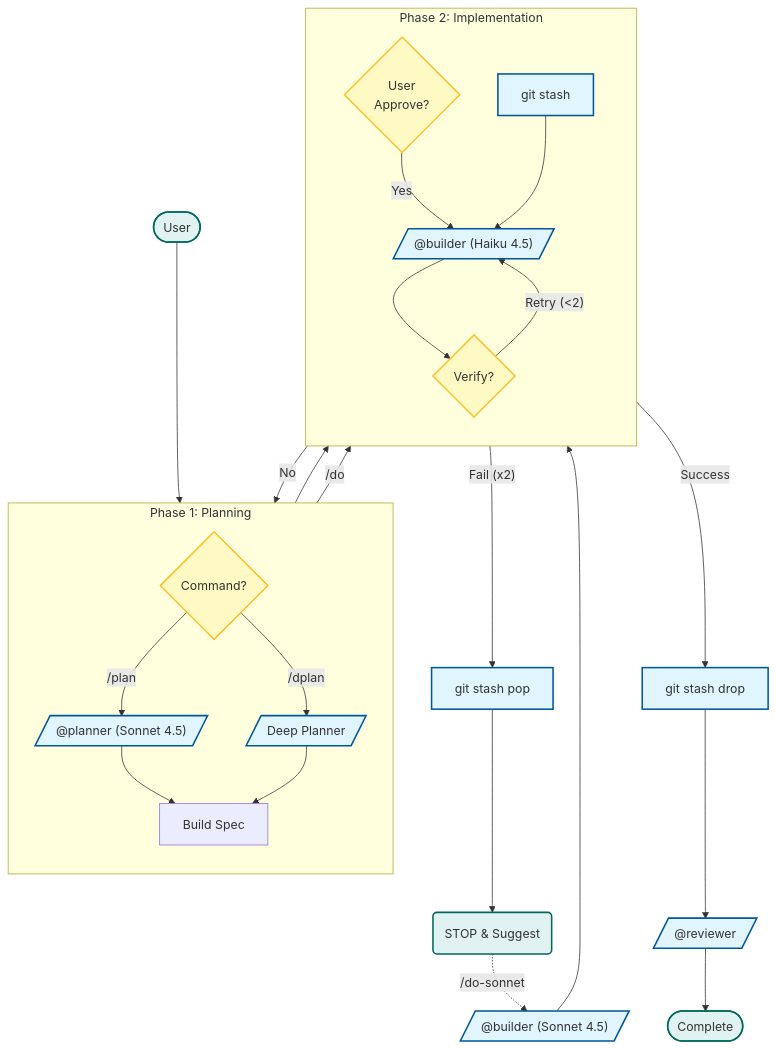
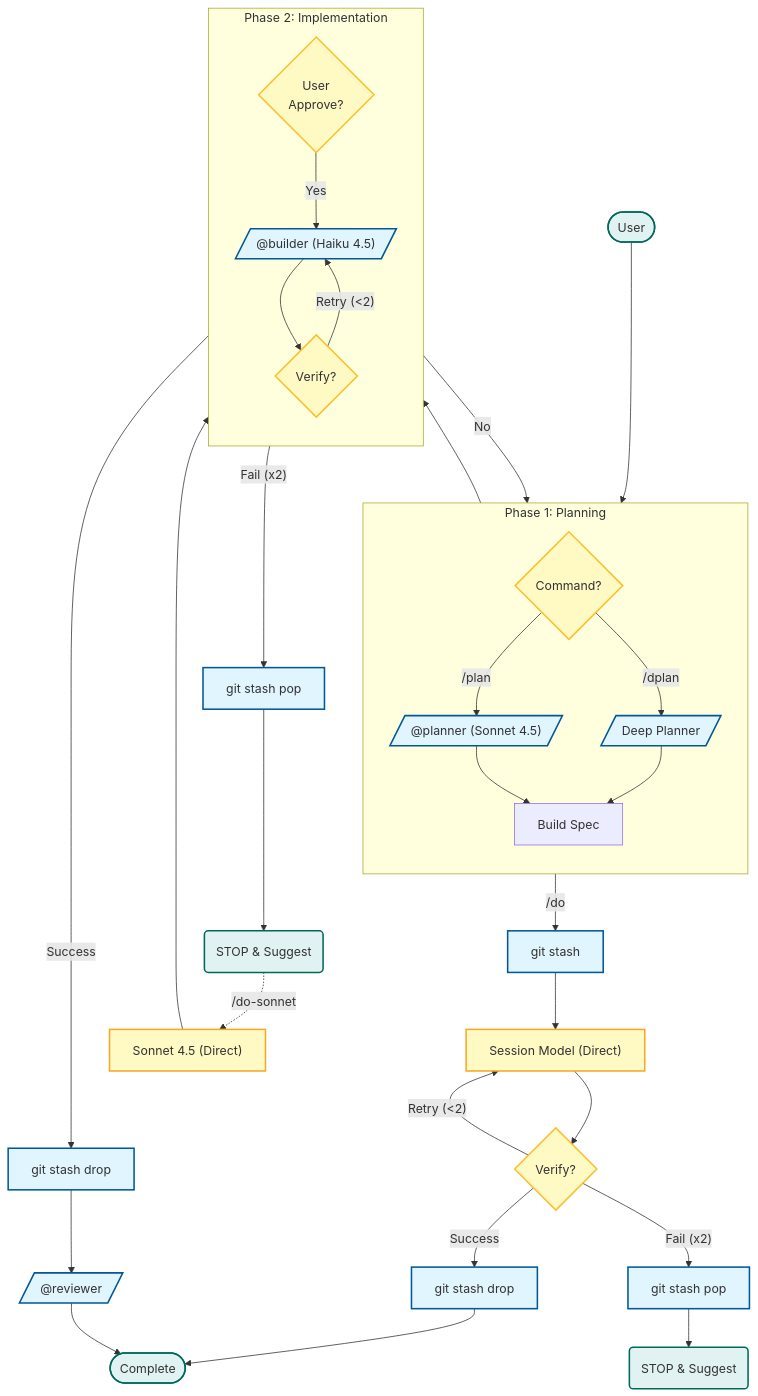
Before and after one commit to move-hoon/claude-pro-minmax: the diagram in .claude/agents/README.ko.md, drawn with Mermaid. The commit also changed other lines of this file and 11 other files, not shown here.

````diff
--- a/.claude/agents/README.ko.md
+++ b/.claude/agents/README.ko.md
@@ -83,50 +85,60 @@
 ```mermaid
 flowchart TD
     %% Initial Request
     Start([User]) --> Cmd{Command?}
     
     %% Branch 1: Planning (Requires Approval)
     subgraph Planning ["Phase 1: Planning"]
         direction TB
         Cmd -->|/plan| Planner[/"@planner (Sonnet 4.5)"/]
         Cmd -->|/dplan| DPlanner[/"Deep Planner"/]
         Planner & DPlanner --> Spec[Build Spec]
     end
     
     %% Human-in-the-loop Logic (Validated via plan.md line 24)
     Spec --> UserAppr{User\nApprove?}
     UserAppr -- No --> Cmd
     
-    %% Branch 2: Execution (Direct or Approved)
+    %% Branch 2a: /plan Execution (Approved → @builder)
     subgraph Execution ["Phase 2: Implementation"]
         direction TB
         UserAppr -- Yes --> Builder[/"@builder (Haiku 4.5)"/]
-        Cmd -->|/do| Snap["git stash"]
-        Snap --> Builder
-        
+
         %% Safe Execution Loop
         Builder --> Verify{Verify?}
         Verify -- "Retry (<2)" --> Builder
     end
-    
+
+    %% Branch 2b: /do Direct Execution (Session Model)
+    Cmd -->|/do| Snap["git stash"]
+    Snap --> Exec["Session Model (Direct)"]
+    Exec --> VerifyDo{Verify?}
+    VerifyDo -- "Retry (<2)" --> Exec
+    VerifyDo -->|Success| DropDo["git stash drop"]
+    DropDo --> Done
+    VerifyDo -- "Fail (x2)" --> PopDo["git stash pop"]
+    PopDo --> EscalateDo(STOP & Suggest)
+
     %% Branch 3: Escalation (Model Upgrade)
     Verify -- "Fail (x2)" --> Pop["git stash pop"]
     Pop --> Escalate(STOP & Suggest)
-    Escalate -.->|"/do-sonnet"| SonnetExec[/"@builder (Sonnet 4.5)"/]
+    Escalate -.->|"/do-sonnet"| SonnetExec["Sonnet 4.5 (Direct)"]
     SonnetExec --> Verify
-    
+
     %% Branch 4: Completion
     Verify -->|Success| Drop["git stash drop"]
     Drop --> Reviewer[/"@reviewer"/]
     Reviewer --> Done([Complete])
 
     %% Styling
     classDef agent fill:#e1f5fe,stroke:#01579b,stroke-width:2px;
     classDef logic fill:#fff9c4,stroke:#fbc02d,stroke-width:2px;
     classDef term fill:#e0f2f1,stroke:#00695c,stroke-width:2px;
     classDef fail fill:#ffebee,stroke:#c62828,stroke-width:2px,stroke-dasharray: 5 5;
-    
-    class Planner,DPlanner,Builder,Reviewer,SonnetExec,Snap,Pop,Drop agent;
-    class Cmd,Verify,UserAppr logic;
-    class Start,Done,Escalate term;
+    classDef direct fill:#fff9c4,stroke:#f9a825,stroke-width:2px;
+
+    class Planner,DPlanner,Builder,Reviewer,Snap,Pop,Drop,SnapDo,PopDo,DropDo agent;
+    class Cmd,Verify,VerifyDo,UserAppr logic;
+    class Start,Done,Escalate,EscalateDo term;
+    class Exec,SonnetExec direct;
 ```
````
